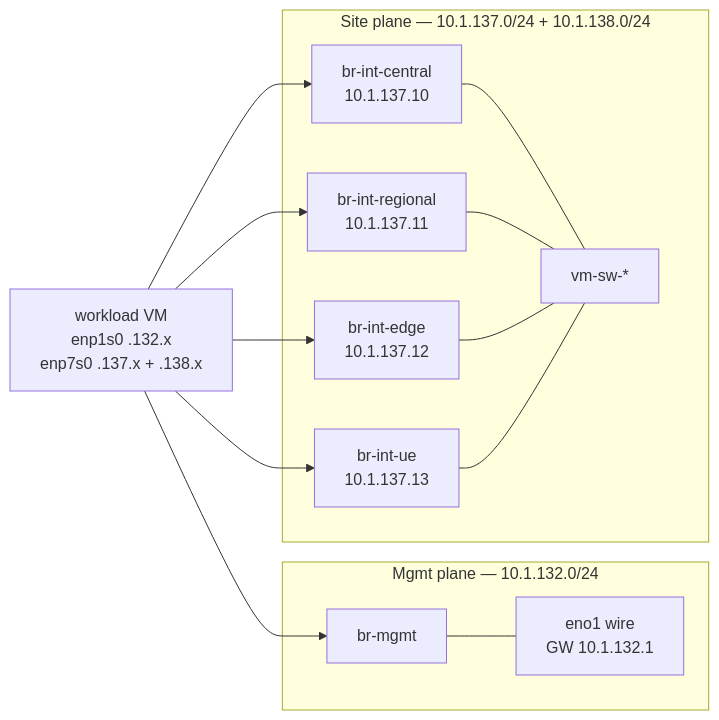
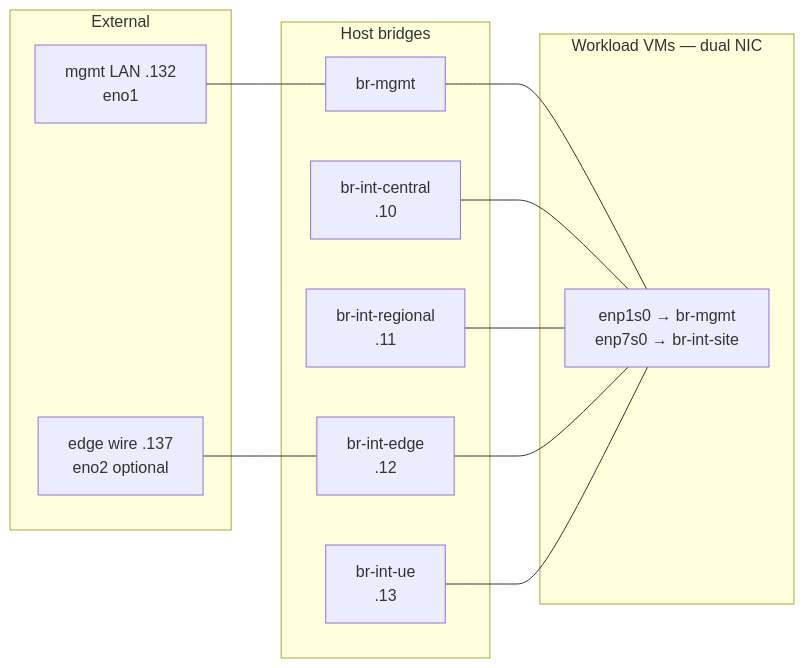
Before and after one commit to FCCLab/INA-Infra: the second of 2 diagrams in docs/mgmt.md, drawn with Mermaid. The commit also changed other lines of this file and 2 other files, not shown here.

First line of the commit message:
Enhance management network documentation and add edge bridge script

````diff
--- a/docs/mgmt.md
+++ b/docs/mgmt.md
@@ -173,27 +187,27 @@
 ```mermaid
 flowchart LR
-  subgraph mgmt_plane["Mgmt plane — 10.1.132.0/24"]
-    brmgmt["br-mgmt"]
-    eno1["eno1 wire<br/>GW 10.1.132.1"]
-    brmgmt --- eno1
+  subgraph ext["External"]
+    E1["mgmt LAN .132<br/>eno1"]
+    E2["edge wire .137<br/>eno2 optional"]
   end
 
-  subgraph site_plane["Site plane — 10.1.137.0/24 + 10.1.138.0/24"]
-    BC["br-int-central<br/>10.1.137.10"]
-    BR["br-int-regional<br/>10.1.137.11"]
-    BE["br-int-edge<br/>10.1.137.12"]
-    BU["br-int-ue<br/>10.1.137.13"]
-    sw["vm-sw-*"]
-    BC --- sw
-    BR --- sw
-    BE --- sw
-    BU --- sw
+  subgraph host_br["Host bridges"]
+    BM["br-mgmt"]
+    BC["br-int-central<br/>.10"]
+    BR["br-int-regional<br/>.11"]
+    BE["br-int-edge<br/>.12"]
+    BU["br-int-ue<br/>.13"]
   end
 
-  VM["workload VM<br/>enp1s0 .132.x<br/>enp7s0 .137.x + .138.x"]
-  VM --> brmgmt
-  VM --> BC
-  VM --> BR
-  VM --> BE
-  VM --> BU
+  subgraph vms["Workload VMs — dual NIC"]
+    VM["enp1s0 → br-mgmt<br/>enp7s0 → br-int-site"]
+  end
+
+  E1 --- BM
+  E2 --- BE
+  BM --- VM
+  BC --- VM
+  BR --- VM
+  BE --- VM
+  BU --- VM
 ```
````
